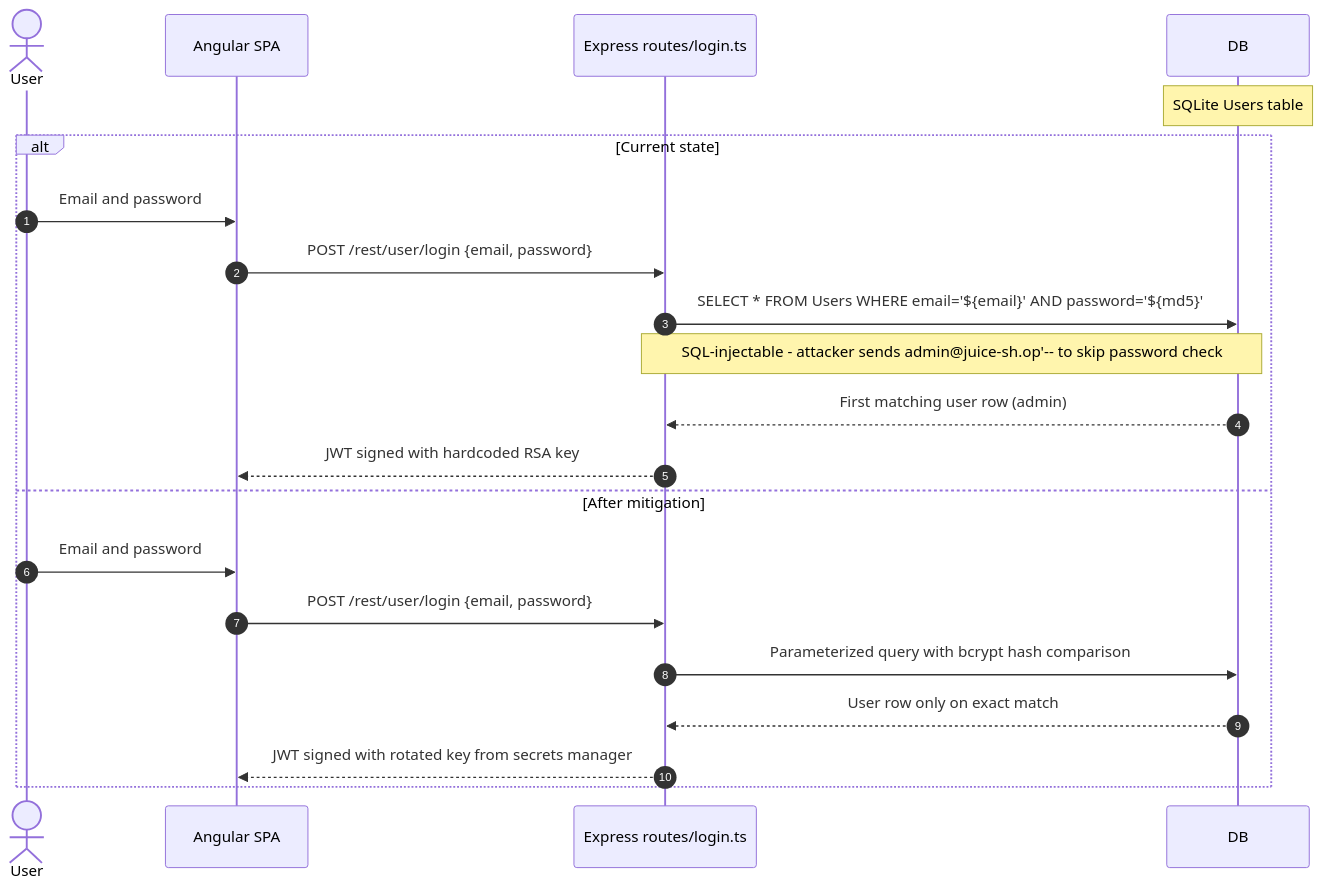
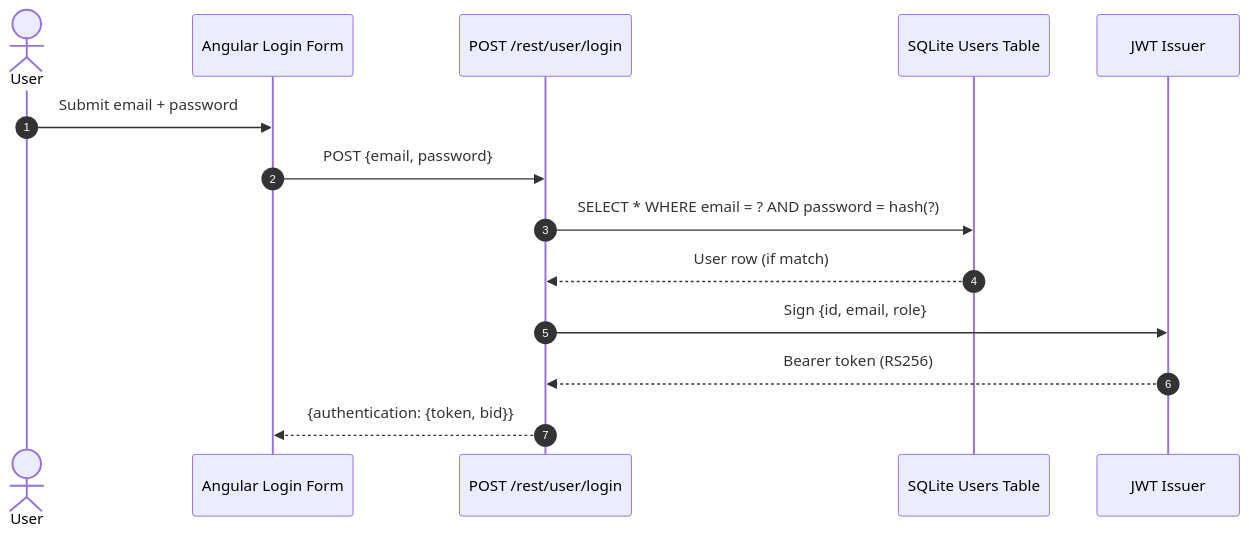
Diagram 17 of 21 in examples/threat-modeler/threat-model-juice-shop-standard.md (appsec-foundry/appsec-advisor), drawn with Mermaid before and after one commit. The commit also changed other lines of this file and 2 other files, not shown here.

````diff
--- a/examples/threat-modeler/threat-model-juice-shop-standard.md
+++ b/examples/threat-modeler/threat-model-juice-shop-standard.md
@@ -1016,24 +1104,17 @@
 ```mermaid
 sequenceDiagram
     autonumber
     actor User
-    participant SPA as Angular SPA
-    participant API as Express routes/login.ts
-    participant DB
-    Note over DB: SQLite Users table
+    participant SPA as Angular Login Form
+    participant API as POST /rest/user/login
+    participant DB as SQLite Users Table
+    participant JWT as JWT Issuer
 
-    alt Current state
-        User->>SPA: Email and password
-        SPA->>API: POST /rest/user/login {email, password}
-        API->>DB: SELECT * FROM Users WHERE email='${email}' AND password='${md5}'
-        Note over API,DB: SQL-injectable - attacker sends admin@juice-sh.op'-- to skip password check
-        DB-->>API: First matching user row (admin)
-        API-->>SPA: JWT signed with hardcoded RSA key
-    else After mitigation
-        User->>SPA: Email and password
-        SPA->>API: POST /rest/user/login {email, password}
-        API->>DB: Parameterized query with bcrypt hash comparison
-        DB-->>API: User row only on exact match
-        API-->>SPA: JWT signed with rotated key from secrets manager
-    end
+    User->>SPA: Submit email + password
+    SPA->>API: POST {email, password}
+    API->>DB: SELECT * WHERE email = ? AND password = hash(?)
+    DB-->>API: User row (if match)
+    API->>JWT: Sign {id, email, role}
+    JWT-->>API: Bearer token (RS256)
+    API-->>SPA: {authentication: {token, bid}}
 ```
````
